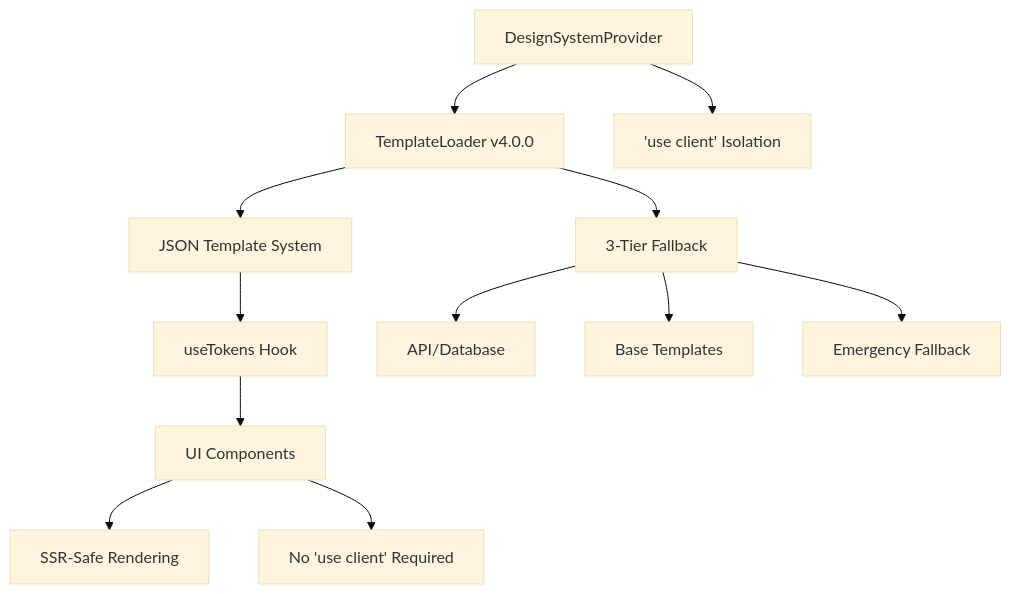
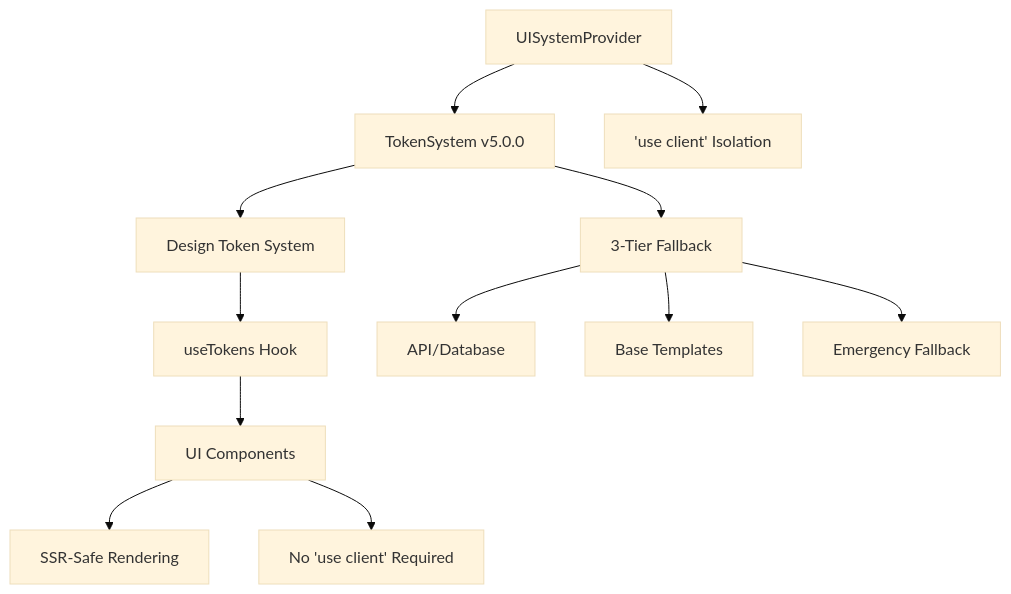
The diagram in documentation/ui-system/architecture.md (Xala-Technologies/Xaheen-platform), drawn with Mermaid (base theme) before and after one commit. The commit also changed other lines of this file and 34 other files, not shown here.

````diff
--- a/documentation/ui-system/architecture.md
+++ b/documentation/ui-system/architecture.md
@@ -45,16 +45,16 @@
 ```mermaid
 graph TD
-    A[DesignSystemProvider] --> B[TemplateLoader v4.0.0]
-    B --> C[JSON Template System]
+    A[UISystemProvider] --> B[TokenSystem v5.0.0]
+    B --> C[Design Token System]
     C --> D[useTokens Hook]
     D --> E[UI Components]
     E --> F[SSR-Safe Rendering]
 
     B --> G[3-Tier Fallback]
     G --> H[API/Database]
     G --> I[Base Templates]
     G --> J[Emergency Fallback]
 
     A --> K['use client' Isolation]
     E --> L[No 'use client' Required]
 ```
````
